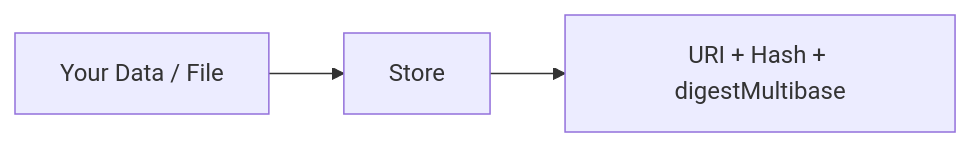
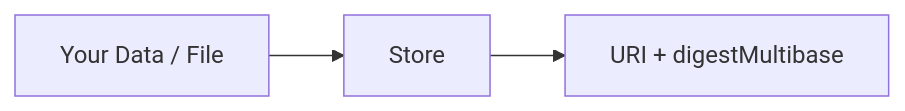
One commit to uncefact/project-storage-service changed the first of 3 diagrams in documentation/docs/understanding/how-it-works/index.md. Above: the diagram before and after it, drawn with Mermaid. The commit also changed other lines of this file and 20 other files, not shown here.

````diff
--- a/documentation/docs/understanding/how-it-works/index.md
+++ b/documentation/docs/understanding/how-it-works/index.md
@@ -38,5 +38,5 @@
 ```mermaid
 flowchart LR
     A[Your Data / File] --> B[Store]
-    B --> C[URI + Hash + digestMultibase]
+    B --> C[URI + digestMultibase]
 ```
````
